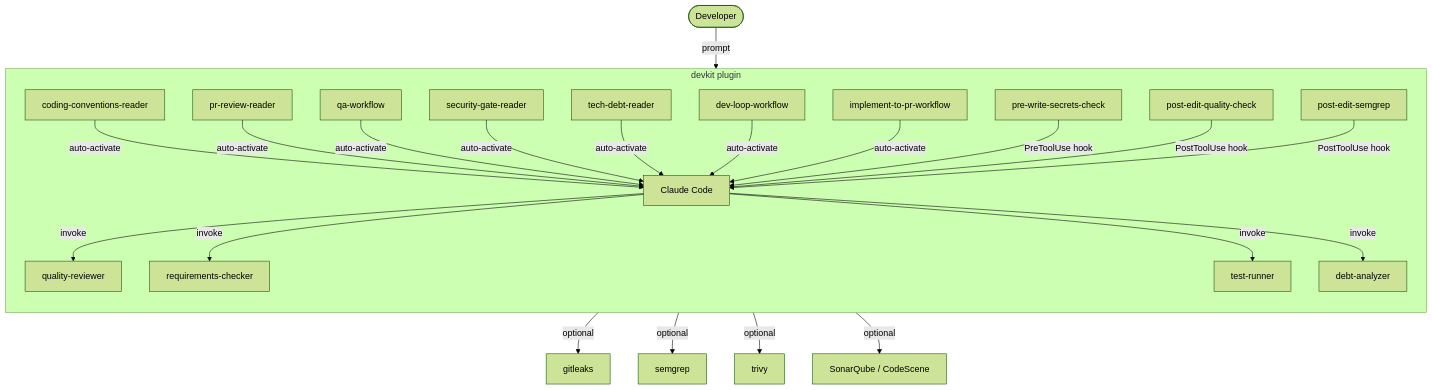
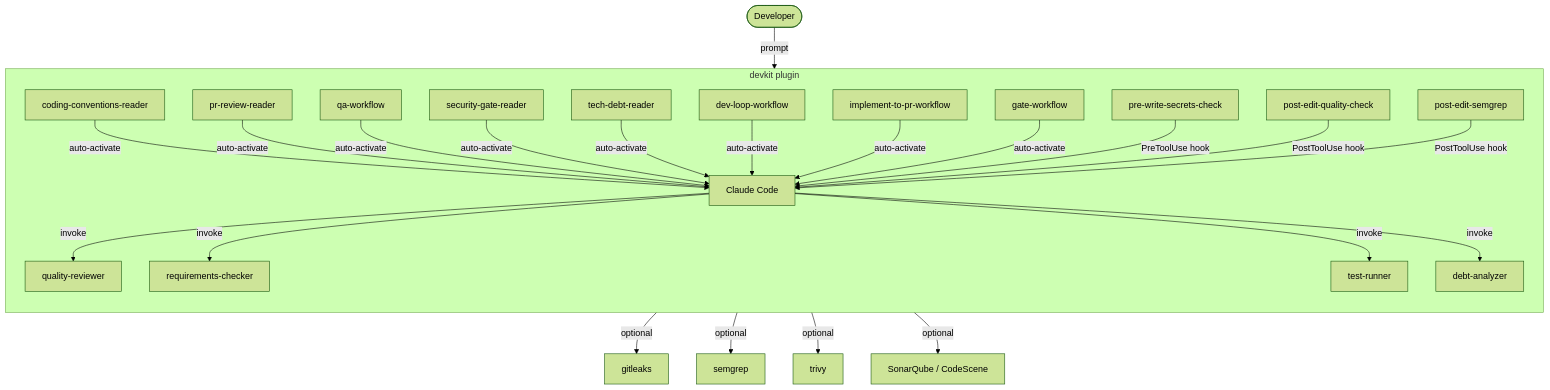
The diagram in README.md (3eer/devkit), drawn with Mermaid (forest theme) before and after one commit. The commit also changed other lines of this file and 12 other files, not shown here.

````diff
--- a/README.md
+++ b/README.md
@@ -52,29 +49,30 @@
 ```mermaid
 flowchart TD
     User([Developer]) -->|prompt| CC[Claude Code]
 
     subgraph devkit["devkit plugin"]
         direction TB
         S1[coding-conventions-reader] -->|auto-activate| CC
         S2[pr-review-reader] -->|auto-activate| CC
         S3[qa-workflow] -->|auto-activate| CC
         S4[security-gate-reader] -->|auto-activate| CC
         S5[tech-debt-reader] -->|auto-activate| CC
         S6[dev-loop-workflow] -->|auto-activate| CC
         S7[implement-to-pr-workflow] -->|auto-activate| CC
+        S8[gate-workflow] -->|auto-activate| CC
 
         H1[pre-write-secrets-check] -->|PreToolUse hook| CC
         H2[post-edit-quality-check] -->|PostToolUse hook| CC
         H3[post-edit-semgrep] -->|PostToolUse hook| CC
 
         CC -->|invoke| A1[quality-reviewer]
         CC -->|invoke| A1b[requirements-checker]
         CC -->|invoke| A2[test-runner]
         CC -->|invoke| A3[debt-analyzer]
     end
 
     A2 -->|optional| EXT1[gitleaks]
     A2 -->|optional| EXT2[semgrep]
     A2 -->|optional| EXT3[trivy]
     A3 -->|optional| EXT4[SonarQube / CodeScene]
 ```
````
